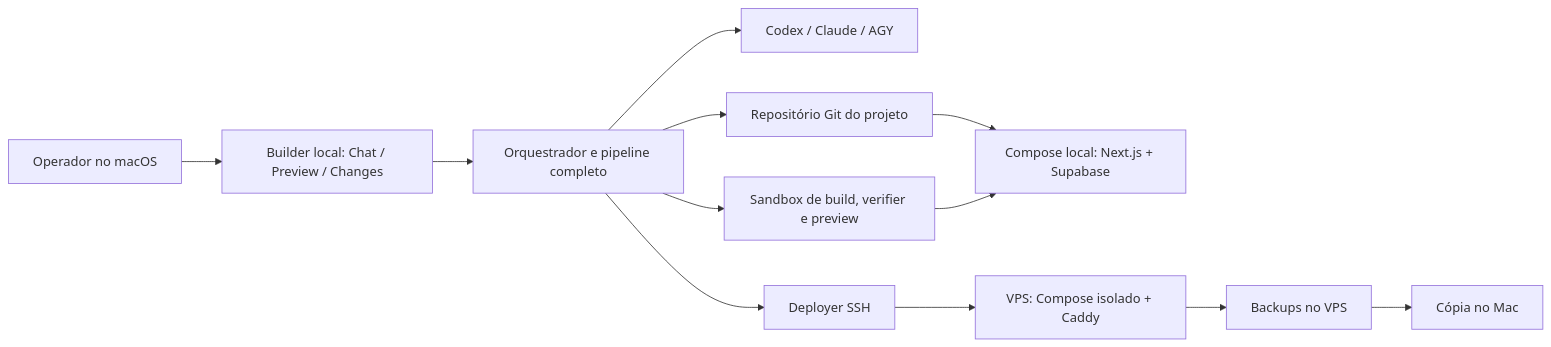
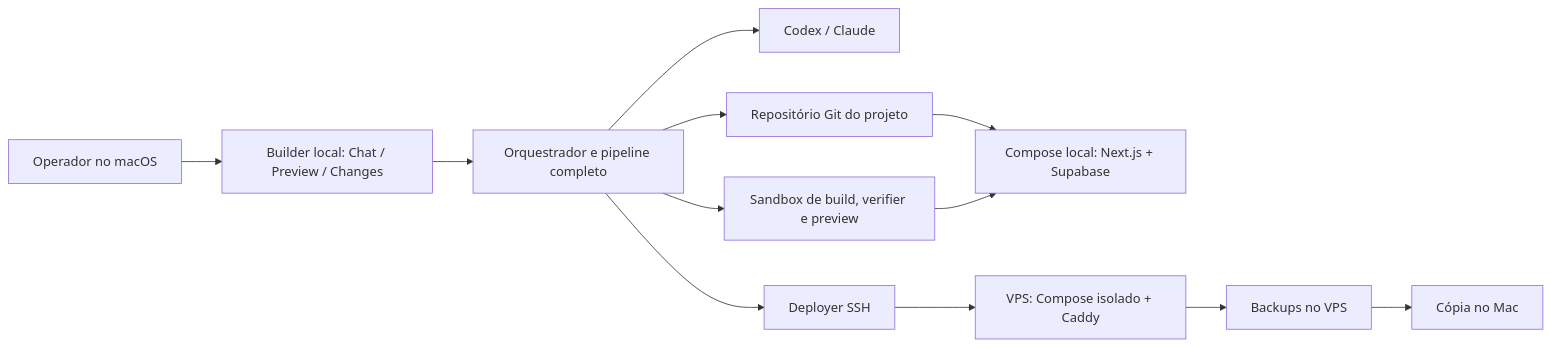
One commit to eedsilva/agent-foundry changed the first of 2 diagrams in docs/ARCHITECTURE.md. Above: the diagram before and after it, drawn with Mermaid. The commit also changed 44 other files, not shown here.

First line of the commit message:
feat(executors): delete AGY, GLM and OpenCode — the catalog is Claude + Codex (#438)

````diff
--- a/docs/ARCHITECTURE.md
+++ b/docs/ARCHITECTURE.md
@@ -112,14 +112,14 @@
 ```mermaid
 flowchart LR
   U["Operador no macOS"] --> B["Builder local: Chat / Preview / Changes"]
   B --> O["Orquestrador e pipeline completo"]
-  O --> C["Codex / Claude / AGY"]
+  O --> C["Codex / Claude"]
   O --> G["Repositório Git do projeto"]
   O --> S["Sandbox de build, verifier e preview"]
   G --> L["Compose local: Next.js + Supabase"]
   S --> L
   O --> D["Deployer SSH"]
   D --> V["VPS: Compose isolado + Caddy"]
   V --> K["Backups no VPS"]
   K --> M["Cópia no Mac"]
 ```
````
